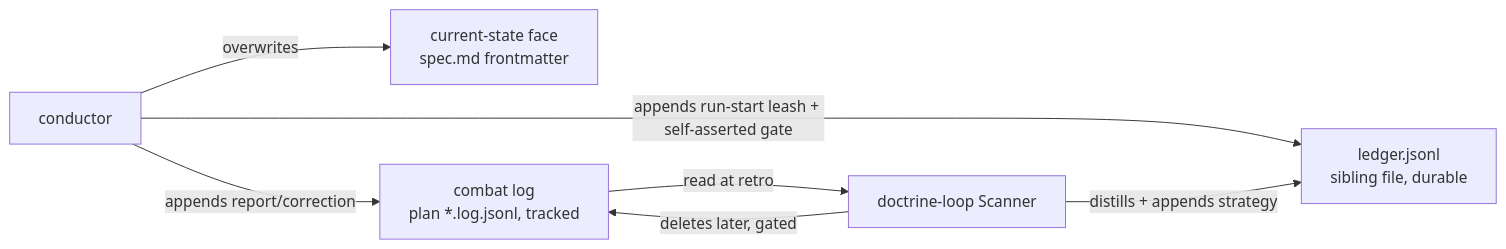
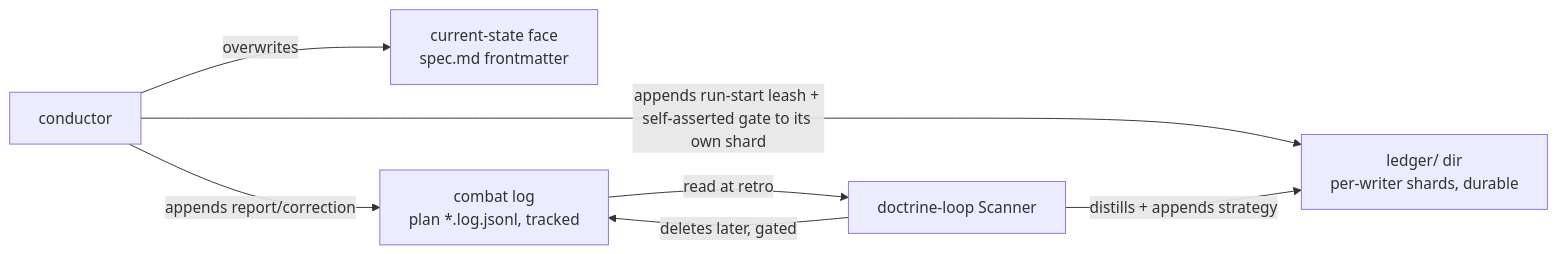
The diagram in .agents/specs/sdd/design/provenance-model.md (cyberuni/cyber-sdd), drawn with Mermaid before and after one commit. The commit also changed other lines of this file and 10 other files, not shown here.

First line of the commit message:
feat(sdd): spec gate — shard the durable ledger (reshard-ledger, seq 55)

````diff
--- a/.agents/specs/sdd/design/provenance-model.md
+++ b/.agents/specs/sdd/design/provenance-model.md
@@ -102,9 +108,9 @@
 ```mermaid
 flowchart LR
   disp[conductor] -->|overwrites| state[current-state face<br/>spec.md frontmatter]
   disp -->|appends report/correction| clog[combat log<br/>plan *.log.jsonl, tracked]
-  disp -->|appends run-start leash + self-asserted gate| ledger[ledger.jsonl<br/>sibling file, durable]
+  disp -->|appends run-start leash + self-asserted gate to its own shard| ledger[ledger/ dir<br/>per-writer shards, durable]
   clog -->|read at retro| scanner[doctrine-loop Scanner]
   scanner -->|distills + appends strategy| ledger
   scanner -->|deletes later, gated| clog
 ```
````
